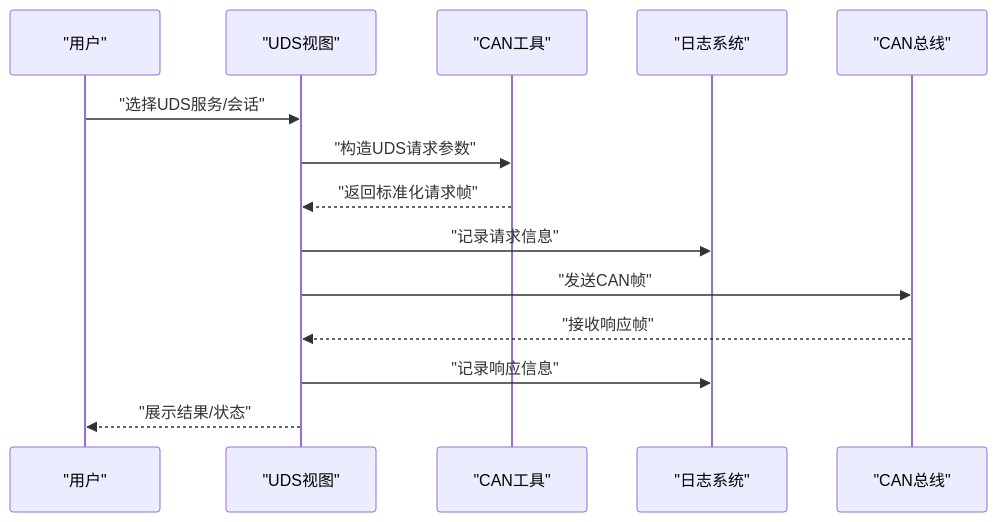
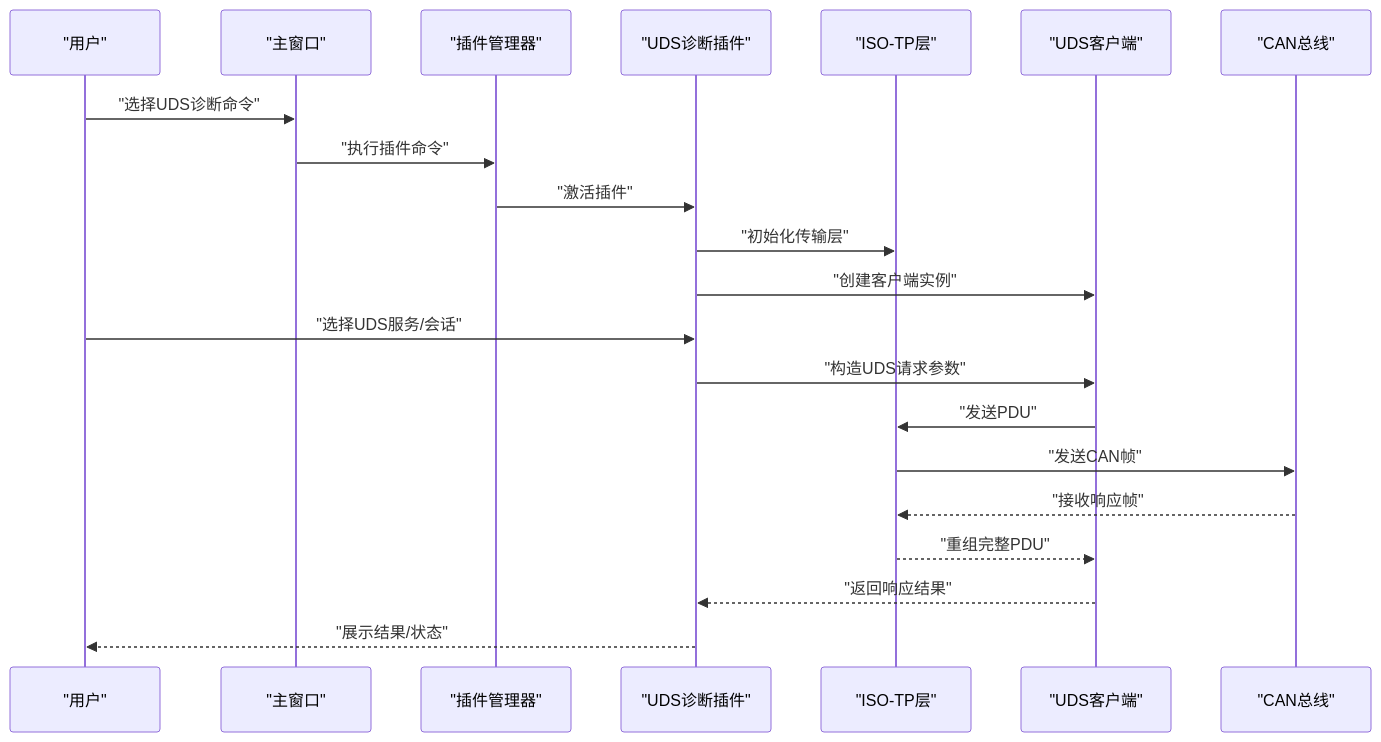
The second of 5 diagrams in .qoder/repowiki/zh/content/核心模块详解/UDS诊断接口.md (jakecai1225-design/OpenBus), drawn with Mermaid before and after one commit. The commit also changed other lines of this file and 57 other files, not shown here.

````diff
--- a/.qoder/repowiki/zh/content/核心模块详解/UDS诊断接口.md
+++ b/.qoder/repowiki/zh/content/核心模块详解/UDS诊断接口.md
@@ -105,16 +109,23 @@
 ```mermaid
 sequenceDiagram
 participant User as "用户"
-participant UDSView as "UDS视图"
-participant CANUtils as "CAN工具"
-participant Logging as "日志系统"
+participant MainWindow as "主窗口"
+participant PluginMgr as "插件管理器"
+participant UDSPlugin as "UDS诊断插件"
+participant Isotp as "ISO-TP层"
+participant Client as "UDS客户端"
 participant CANBus as "CAN总线"
-User->>UDSView : "选择UDS服务/会话"
-UDSView->>CANUtils : "构造UDS请求参数"
-CANUtils-->>UDSView : "返回标准化请求帧"
-UDSView->>Logging : "记录请求信息"
-UDSView->>CANBus : "发送CAN帧"
-CANBus-->>UDSView : "接收响应帧"
-UDSView->>Logging : "记录响应信息"
-UDSView-->>User : "展示结果/状态"
+User->>MainWindow : "选择UDS诊断命令"
+MainWindow->>PluginMgr : "执行插件命令"
+PluginMgr->>UDSPlugin : "激活插件"
+UDSPlugin->>Isotp : "初始化传输层"
+UDSPlugin->>Client : "创建客户端实例"
+User->>UDSPlugin : "选择UDS服务/会话"
+UDSPlugin->>Client : "构造UDS请求参数"
+Client->>Isotp : "发送PDU"
+Isotp->>CANBus : "发送CAN帧"
+CANBus-->>Isotp : "接收响应帧"
+Isotp-->>Client : "重组完整PDU"
+Client-->>UDSPlugin : "返回响应结果"
+UDSPlugin-->>User : "展示结果/状态"
 ```
````
